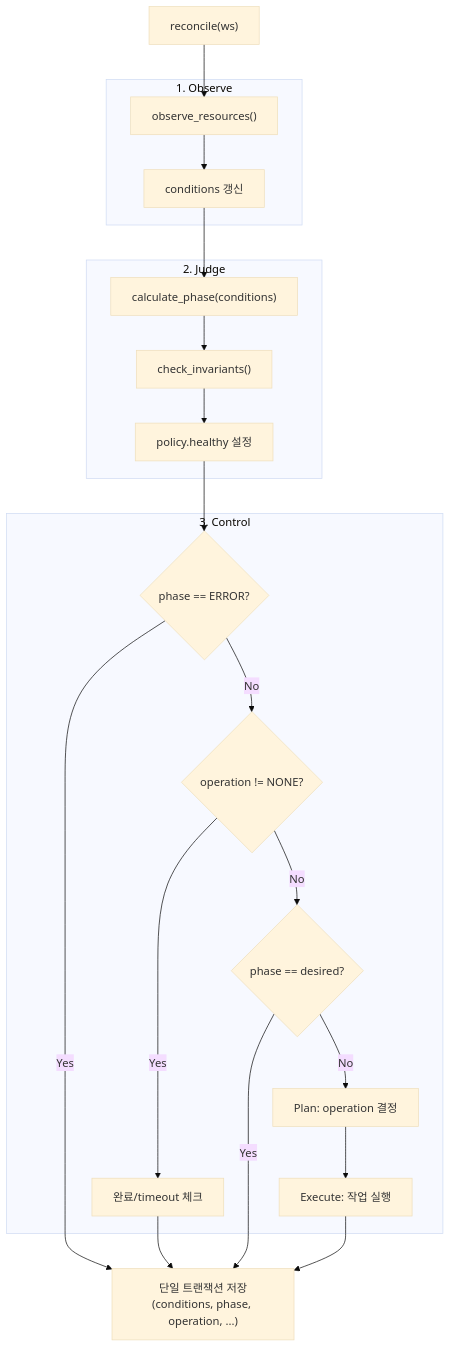
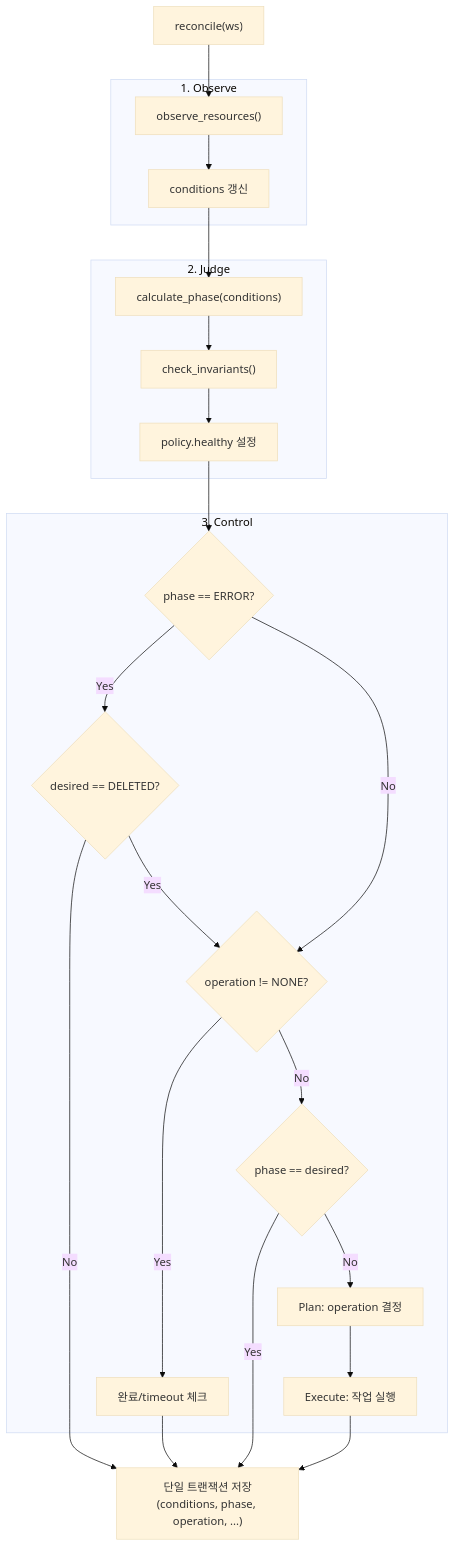
The second of 5 diagrams in docs/spec_v2/04-control-plane.md (cagojeiger/code-hub), drawn with Mermaid (base theme) before and after one commit.

Commit message:
docs(spec_v2): fix Reconcile diagram ERROR+DELETED branch
The diagram was missing the desired=DELETED exception for ERROR phase.
Without this fix, ERROR workspaces could never be deleted.

🤖 Generated with [Claude Code](https://claude.com/claude-code)

````diff
--- a/docs/spec_v2/04-control-plane.md
+++ b/docs/spec_v2/04-control-plane.md
@@ -120,34 +120,37 @@
 ```mermaid
 flowchart TB
     START["reconcile(ws)"]
 
     subgraph Observe["1. Observe"]
         OBS["observe_resources()"]
         COND["conditions 갱신"]
     end
 
     subgraph Judge["2. Judge"]
         CALC["calculate_phase(conditions)"]
         INV["check_invariants()"]
         HEALTH["policy.healthy 설정"]
     end
 
     subgraph Control["3. Control"]
         PHASE{"phase == ERROR?"}
+        DEL{"desired == DELETED?"}
         OP{"operation != NONE?"}
         CONV{"phase == desired?"}
         CHECK["완료/timeout 체크"]
         PLAN["Plan: operation 결정"]
         EXEC["Execute: 작업 실행"]
     end
 
     SAVE["단일 트랜잭션 저장<br/>(conditions, phase, operation, ...)"]
 
     START --> OBS --> COND --> CALC --> INV --> HEALTH --> PHASE
-    PHASE -->|Yes| SAVE
+    PHASE -->|Yes| DEL
+    DEL -->|Yes| OP
+    DEL -->|No| SAVE
     PHASE -->|No| OP
     OP -->|Yes| CHECK --> SAVE
     OP -->|No| CONV
     CONV -->|Yes| SAVE
     CONV -->|No| PLAN --> EXEC --> SAVE
 ```
````
